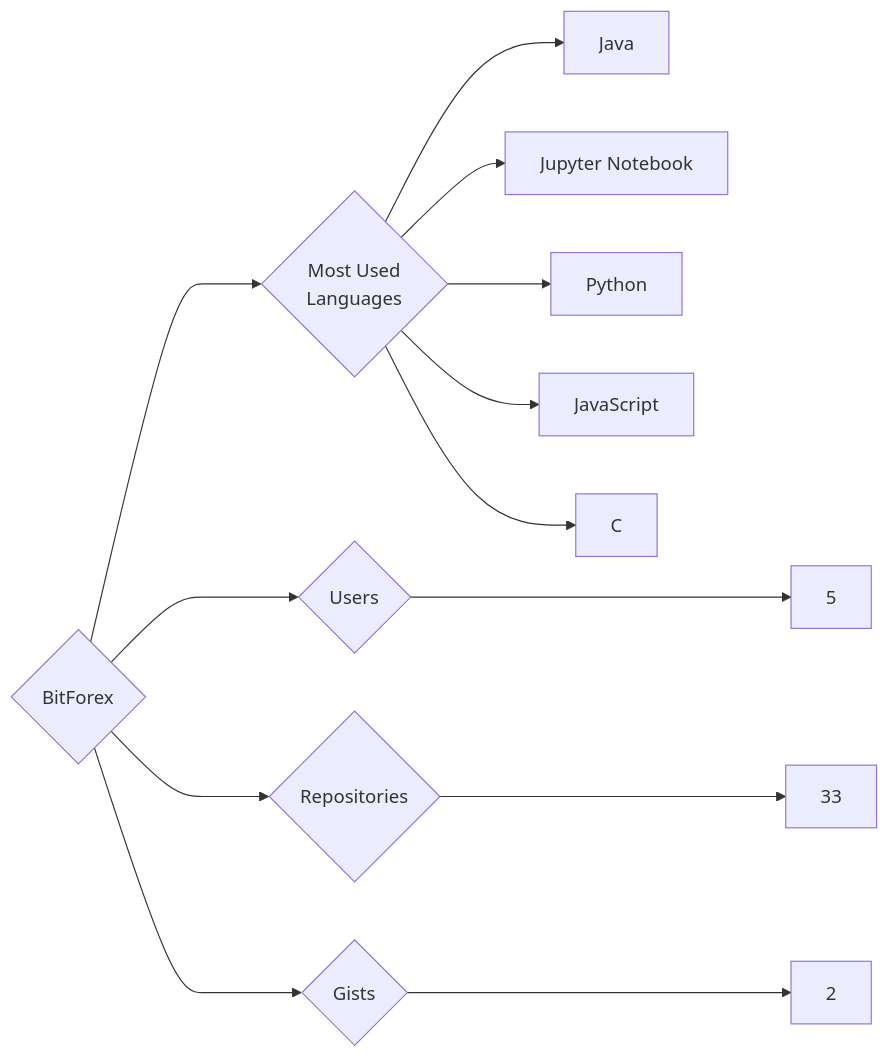
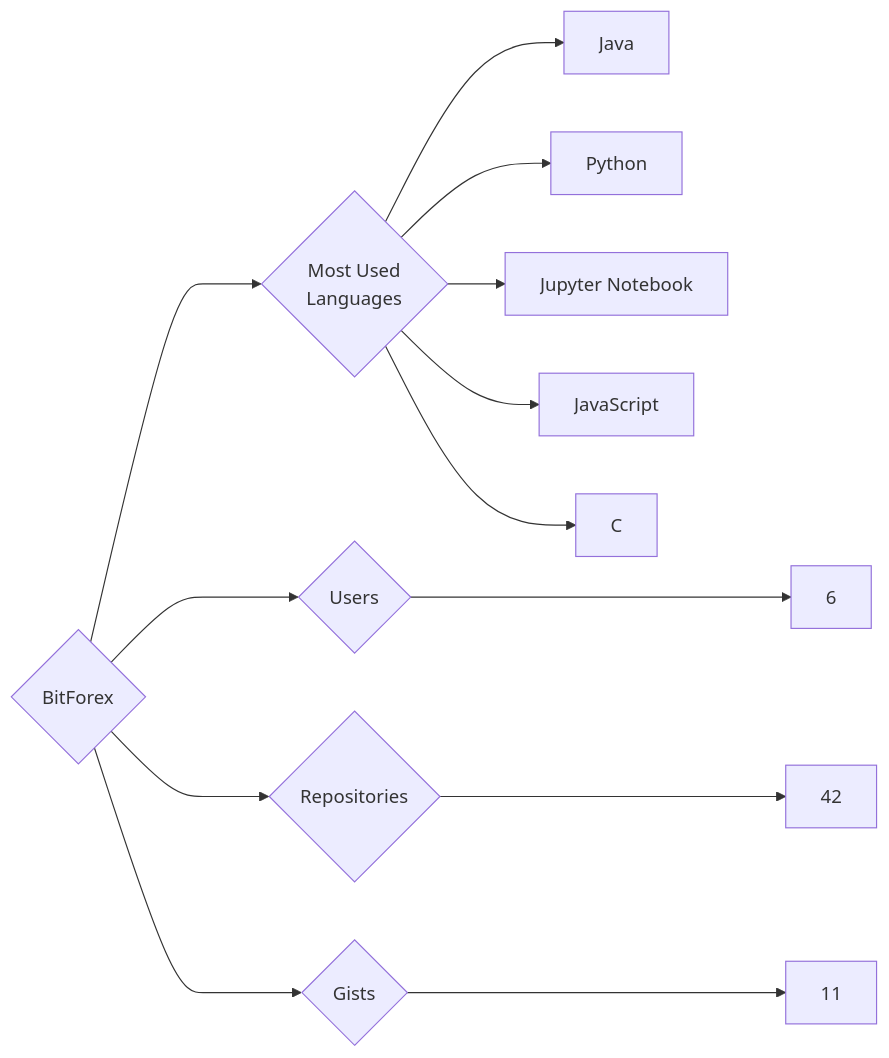
One commit to trickest/insiders changed the diagram in targets/BitForex/README.md. Above: the diagram before and after it, drawn with Mermaid. The commit also changed 1023 other files, not shown here.

````diff
--- a/targets/BitForex/README.md
+++ b/targets/BitForex/README.md
@@ -3,13 +3,13 @@
 ```mermaid
 graph LR
 COMPANY_NAME{BitForex}
-COMPANY_NAME ---> U{Users} ---> UN[5]
-COMPANY_NAME ---> R{Repositories} ---> RN[33]
-COMPANY_NAME ---> G{Gists} ---> GN[2]
+COMPANY_NAME ---> U{Users} ---> UN[6]
+COMPANY_NAME ---> R{Repositories} ---> RN[42]
+COMPANY_NAME ---> G{Gists} ---> GN[11]
 COMPANY_NAME ---> ML{Most Used<br>Languages}
 ML --> Java[Java]
+ML --> Python[Python]
 ML --> Jupyter_Notebook[Jupyter Notebook]
-ML --> Python[Python]
 ML --> JavaScript[JavaScript]
 ML --> C[C]
 ```
````
